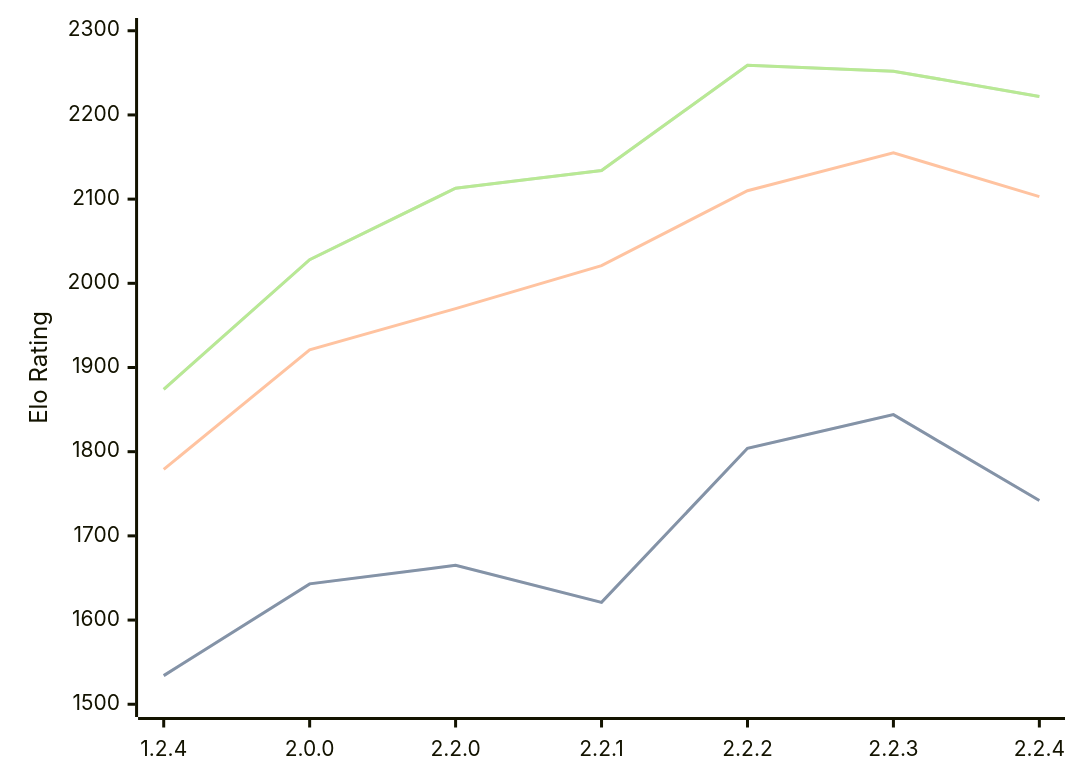
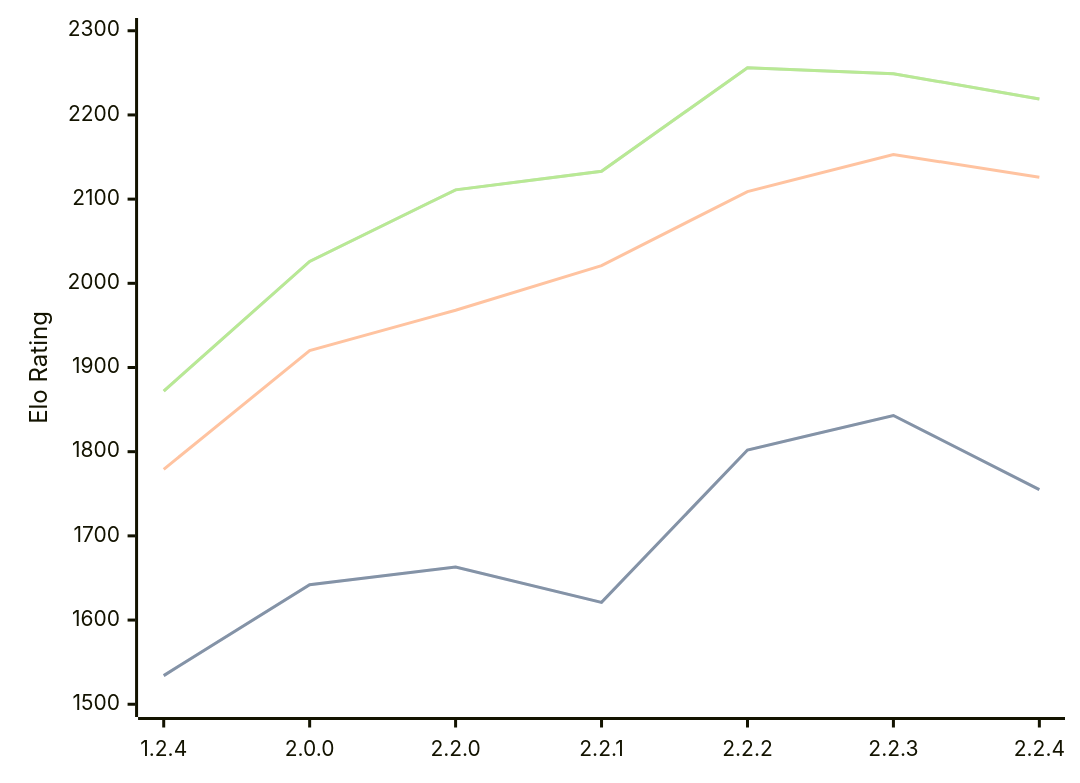
Before and after one commit to computer-chess-index/cci: the diagram in engines/Kreveta.md, drawn with Mermaid. The commit also changed other lines of this file, not shown here.

Commit message:
Update CCI Ratings (ELO VLTC) - 2026-03-12

````diff
--- a/engines/Kreveta.md
+++ b/engines/Kreveta.md
@@ -38,11 +38,11 @@
 ```mermaid
 %%{init: {"theme":"base","themeVariables":{"seriesColors:['#a3a3a3','#222221','#faa371']}}}%%
 xychart-beta
   x-axis ["1.2.4", "2.0.0", "2.2.0", "2.2.1", "2.2.2", "2.2.3", "2.2.4"]
   y-axis "Elo Rating" 1500 --> 2300
-  line "STC (8.0+0.08s)" [1534, 1643, 1665, 1621, 1804, 1844, 1742]
-  line "STC (8.0+0.08s)" [1534, 1643, 1665, 1621, 1804, 1844, 1742]
-  line "LTC (60.0+0.60s)" [1779, 1921, 1970, 2021, 2110, 2155, 2103]
-  line "VLTC (2m24s+1.12s)" [1874, 2028, 2113, 2134, 2259, 2252, 2222]
-  line "VLTC (2m24s+1.12s)" [1874, 2028, 2113, 2134, 2259, 2252, 2222]
+  line "STC (8.0+0.08s)" [1534, 1642, 1663, 1621, 1802, 1843, 1755]
+  line "STC (8.0+0.08s)" [1534, 1642, 1663, 1621, 1802, 1843, 1755]
+  line "LTC (60.0+0.60s)" [1779, 1920, 1968, 2021, 2109, 2153, 2126]
+  line "VLTC (2m24s+1.12s)" [1872, 2026, 2111, 2133, 2256, 2249, 2219]
+  line "VLTC (2m24s+1.12s)" [1872, 2026, 2111, 2133, 2256, 2249, 2219]
 ```
````
